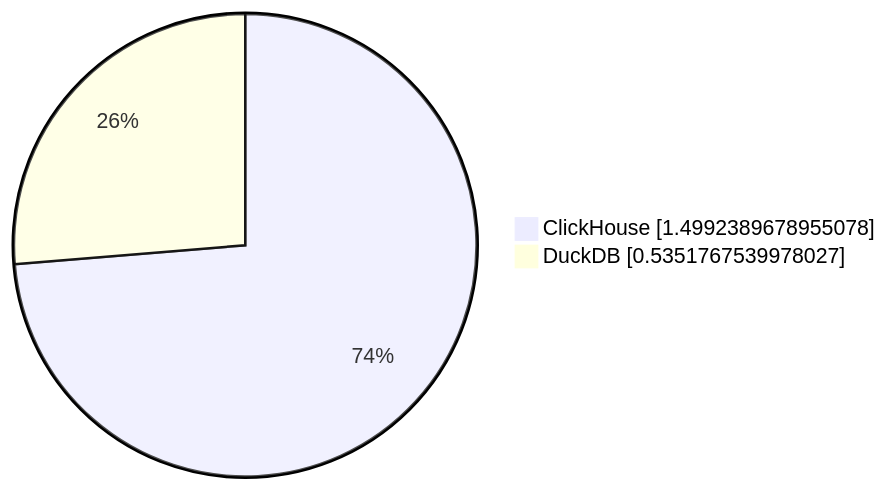
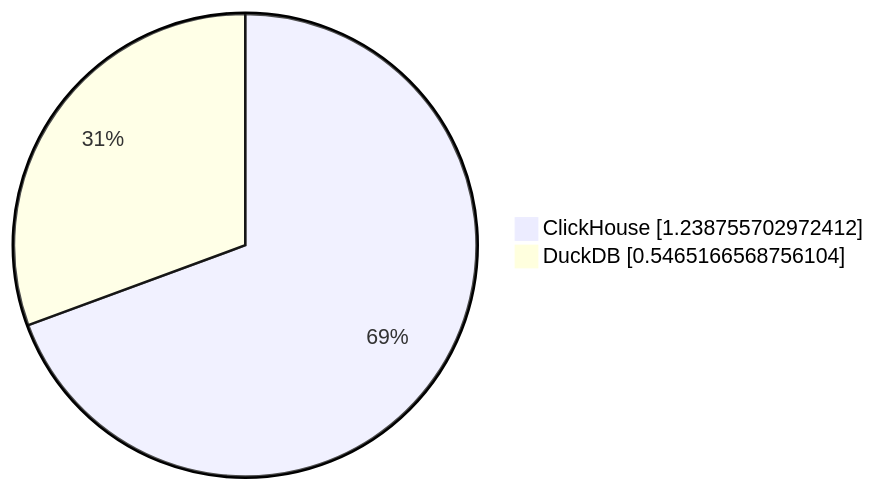
Before and after one commit to Altinity/clickhouse-regression: the seventh of 10 diagrams in parquet/performance/results/ontime/23.11.1.2711-alpine/README.md, drawn with Mermaid. The commit also changed other lines of this file and 8 other files, not shown here.

````diff
--- a/parquet/performance/results/ontime/23.11.1.2711-alpine/README.md
+++ b/parquet/performance/results/ontime/23.11.1.2711-alpine/README.md
@@ -70,5 +70,5 @@
 ```mermaid
      pie showData
-         "ClickHouse" : 1.4992389678955078
-         "DuckDB" : 0.5351767539978027
+         "ClickHouse" : 1.238755702972412
+         "DuckDB" : 0.5465166568756104
 ```
````
